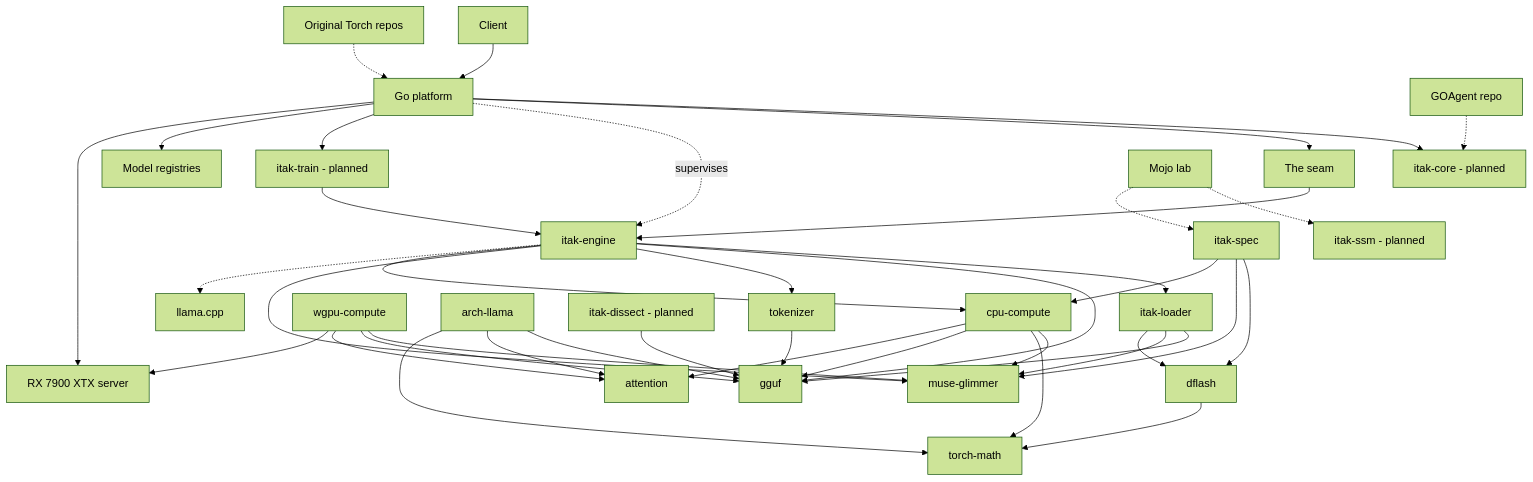
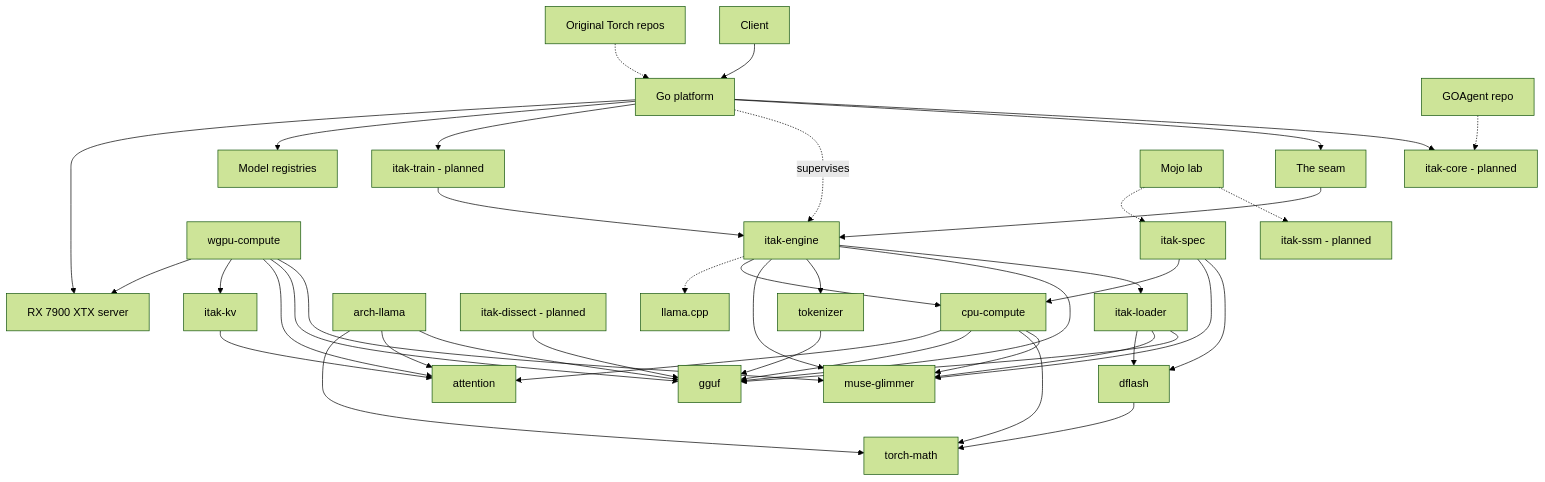
One commit to David2024patton/itak-torch-rebuild changed the diagram in docs/MAP.md. Above: the diagram before and after it, drawn with Mermaid (forest theme). The commit also changed other lines of this file and 10 other files, not shown here.

````diff
--- a/docs/MAP.md
+++ b/docs/MAP.md
@@ -110,42 +113,44 @@
 ```mermaid
 flowchart TD
   C[Client] --> P[Go platform]
   P --> CORE[itak-core - planned]
   P --> SEAM[The seam]
   SEAM --> ENG[itak-engine]
   P -. supervises .-> ENG
   ENG --> LOAD[itak-loader]
   LOAD --> GG[gguf]
   LOAD --> GLIM[muse-glimmer]
   LOAD --> DF[dflash]
   ENG --> GG
   ENG --> TOK[tokenizer]
   TOK --> GG
   ENG --> GLIM
   ENG --> CPU[cpu-compute]
   CPU --> GLIM
   CPU --> MATH[torch-math]
   CPU --> GG
   CPU --> ATT[attention]
   WGPU[wgpu-compute] --> GLIM
   WGPU --> GG
   WGPU --> ATT
+  WGPU --> KV[itak-kv]
+  KV --> ATT
   WGPU --> GPU[RX 7900 XTX server]
   ARCH[arch-llama] --> GG
   ARCH --> ATT
   ARCH --> MATH
   DF --> MATH
   SPEC[itak-spec] --> DF
   SPEC --> GLIM
   SPEC --> CPU
   P --> TRAIN[itak-train - planned]
   TRAIN --> ENG
   DIS[itak-dissect - planned] --> GG
   P --> REG[Model registries]
   LAB[Mojo lab] -.-> SSM[itak-ssm - planned]
   LAB -.-> SPEC
   ORIG[Original Torch repos] -.-> P
   GOA[GOAgent repo] -.-> CORE
   ENG -.-> LLAMA[llama.cpp]
   P --> GPU
 ```
````
